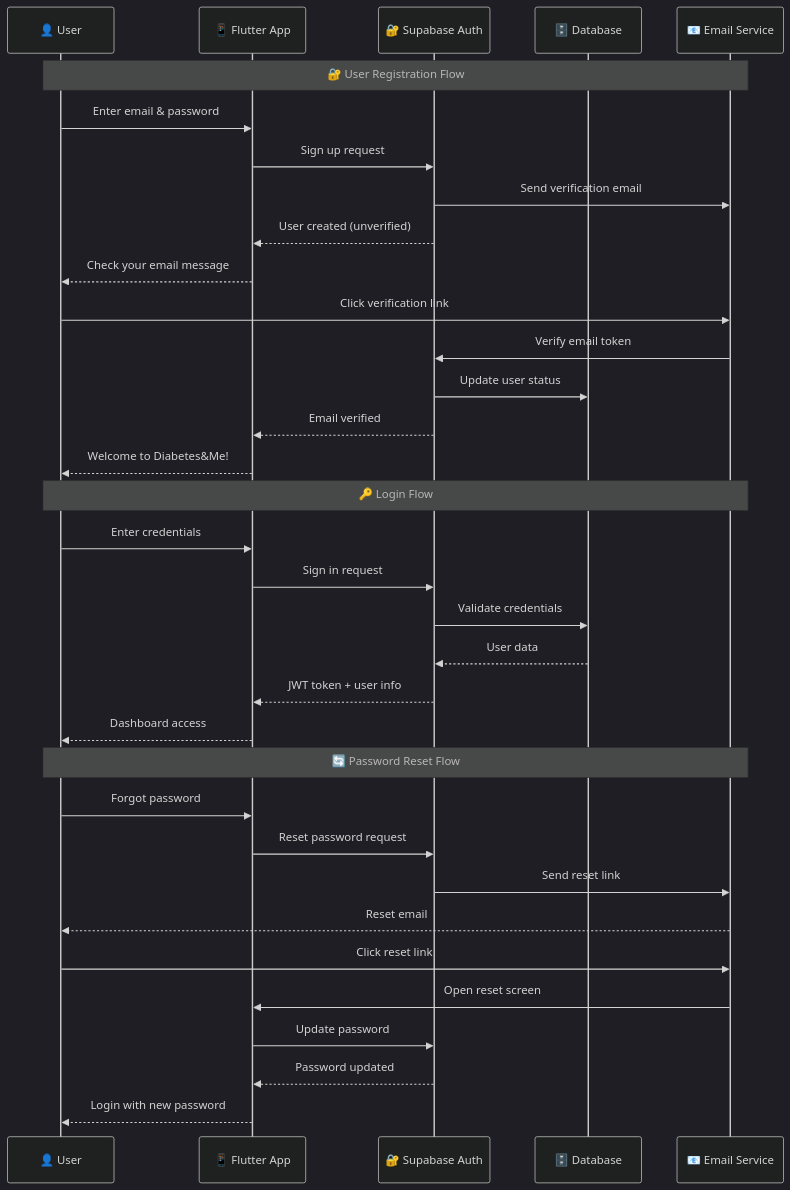
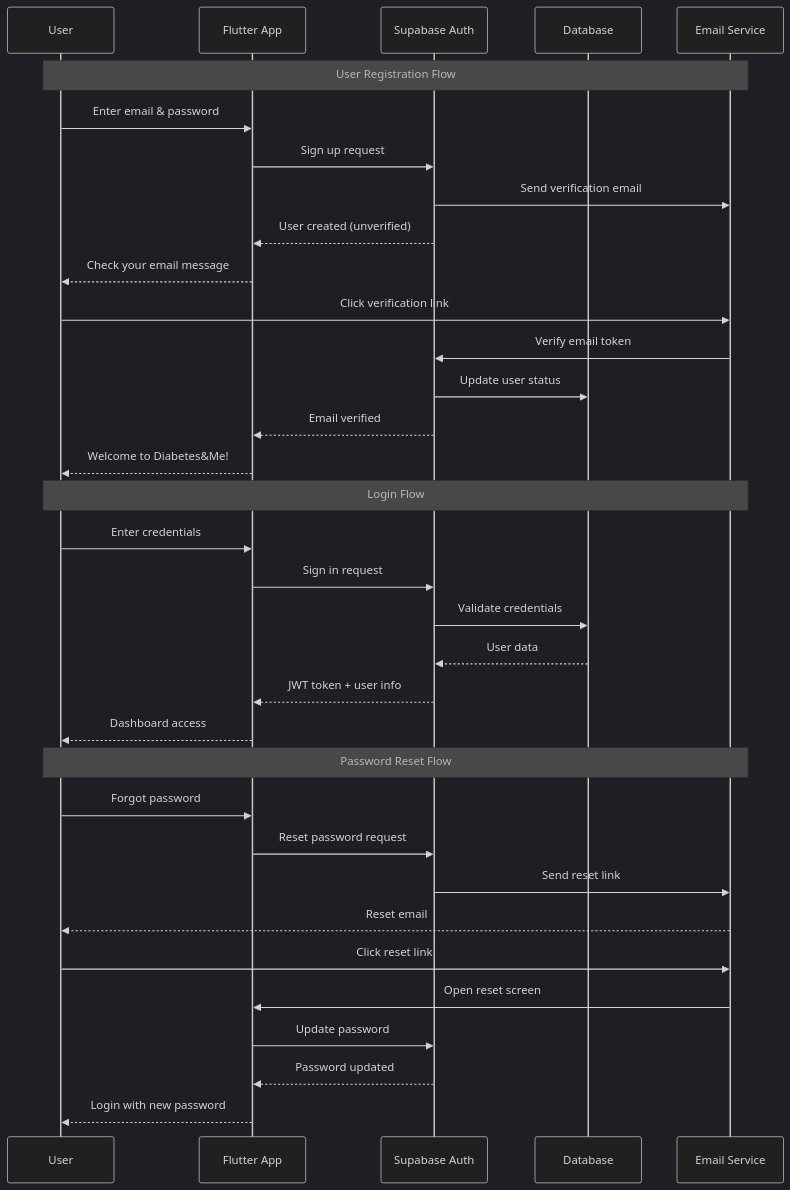
The third of 6 diagrams in README.md (abhinavsrinivasan/diabetes-me), drawn with Mermaid (dark theme) before and after one commit. The commit also changed other lines of this file, not shown here.

````diff
--- a/README.md
+++ b/README.md
@@ -198,40 +205,40 @@
 ```mermaid
 sequenceDiagram
-    participant U as 👤 User
-    participant App as 📱 Flutter App
-    participant Auth as 🔐 Supabase Auth
-    participant DB as 🗄️ Database
-    participant Email as 📧 Email Service
+    participant U as User
+    participant App as Flutter App
+    participant Auth as Supabase Auth
+    participant DB as Database
+    participant Email as Email Service
     
-    Note over U,Email: 🔐 User Registration Flow
+    Note over U,Email: User Registration Flow
     U->>App: Enter email & password
     App->>Auth: Sign up request
     Auth->>Email: Send verification email
     Auth-->>App: User created (unverified)
     App-->>U: Check your email message
     
     U->>Email: Click verification link
     Email->>Auth: Verify email token
     Auth->>DB: Update user status
     Auth-->>App: Email verified
     App-->>U: Welcome to Diabetes&Me!
     
-    Note over U,Email: 🔑 Login Flow
+    Note over U,Email: Login Flow
     U->>App: Enter credentials
     App->>Auth: Sign in request
     Auth->>DB: Validate credentials
     DB-->>Auth: User data
     Auth-->>App: JWT token + user info
     App-->>U: Dashboard access
     
-    Note over U,Email: 🔄 Password Reset Flow
+    Note over U,Email: Password Reset Flow
     U->>App: Forgot password
     App->>Auth: Reset password request
     Auth->>Email: Send reset link
     Email-->>U: Reset email
     U->>Email: Click reset link
     Email->>App: Open reset screen
     App->>Auth: Update password
     Auth-->>App: Password updated
     App-->>U: Login with new password
 ```
````
